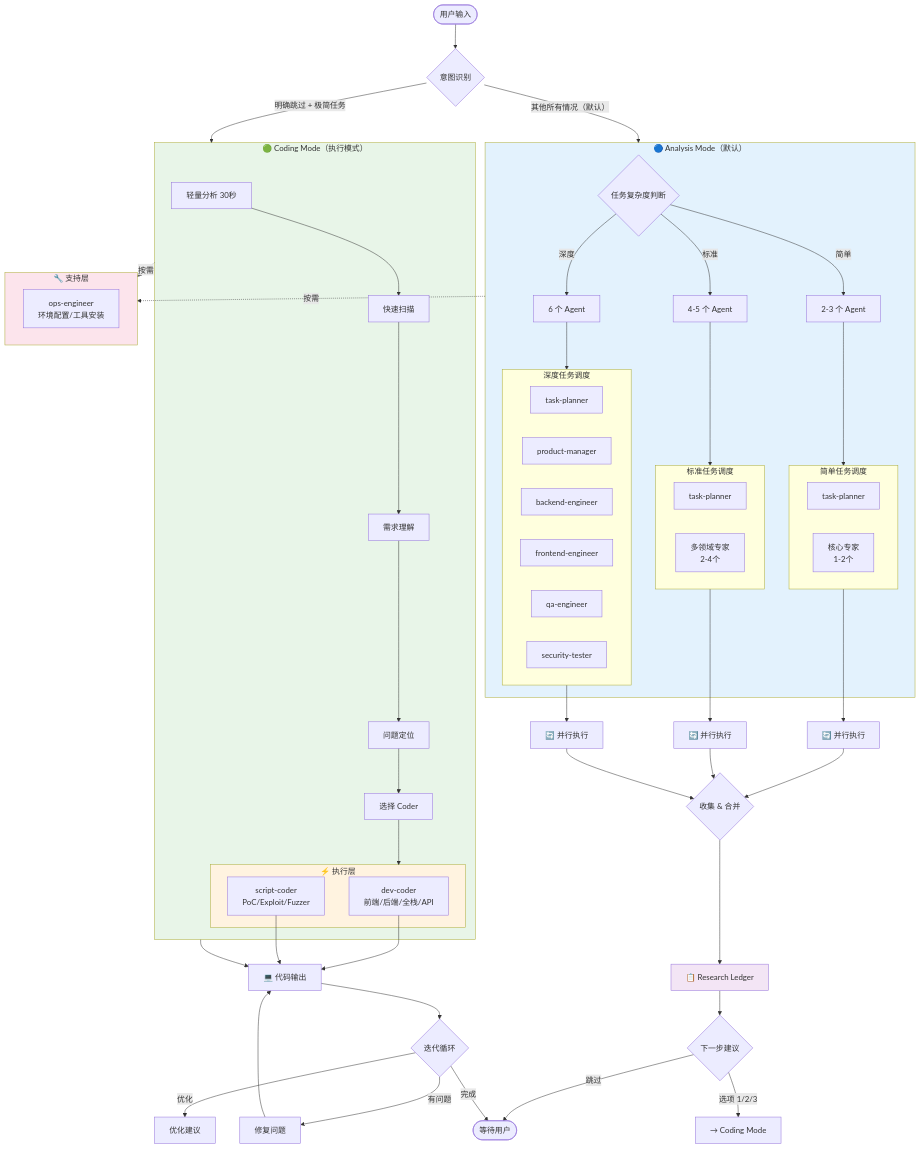
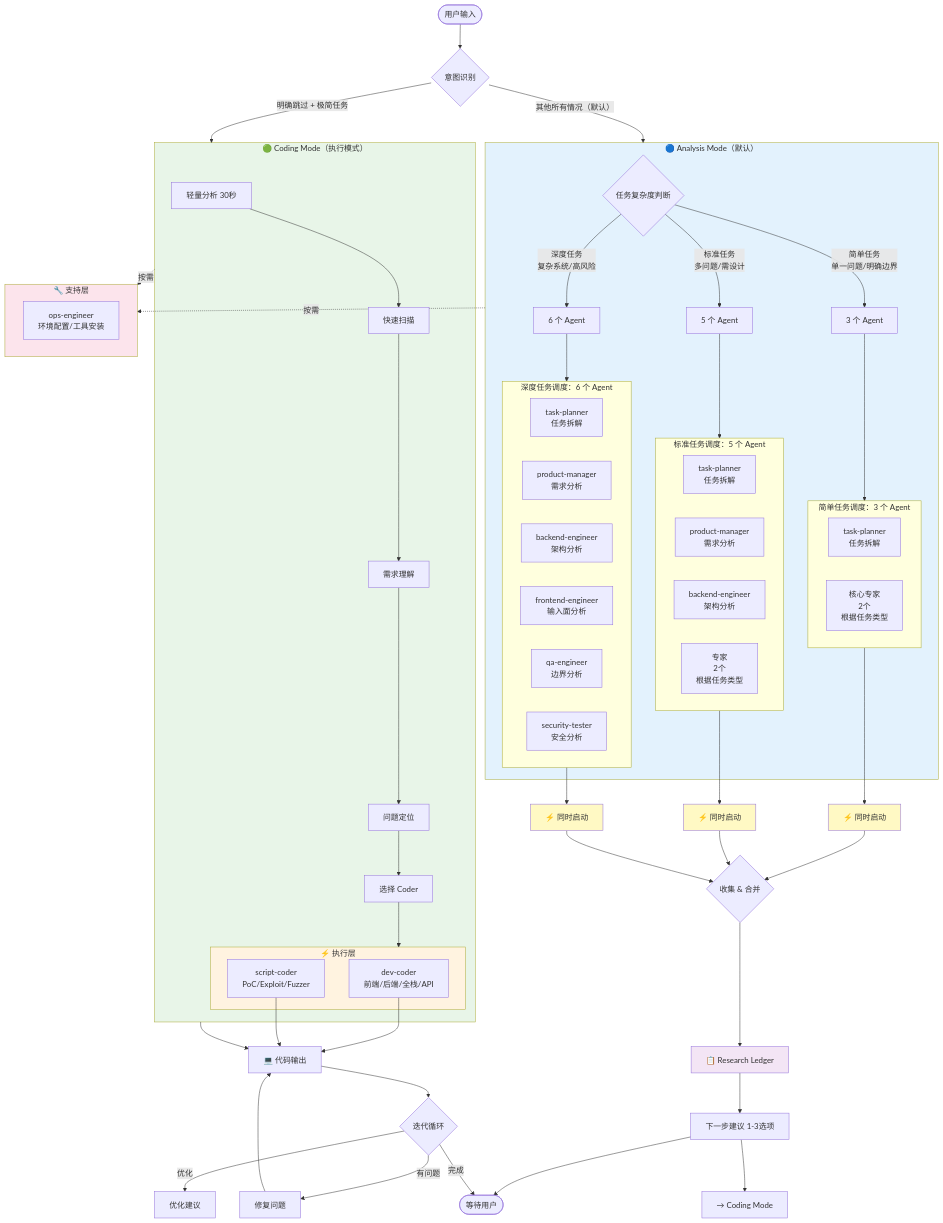
The first of 7 diagrams in ARCHITECTURE.md (xxipv6/claudeSandBox), drawn with Mermaid before and after one commit. The commit also changed other lines of this file, not shown here.

First line of the commit message:
docs: 更新 ARCHITECTURE.md - 修正分级调度和统一术语

````diff
--- a/ARCHITECTURE.md
+++ b/ARCHITECTURE.md
@@ -30,9 +30,9 @@
     subgraph AnalysisMode["🔵 Analysis Mode（默认）"]
         Complexity{任务复杂度判断}
 
-        Complexity -->|简单| Simple[2-3 个 Agent]
-        Complexity -->|标准| Standard[4-5 个 Agent]
-        Complexity -->|深度| Deep[6 个 Agent]
+        Complexity -->|简单任务<br/>单一问题/明确边界| Simple[3 个 Agent]
+        Complexity -->|标准任务<br/>多问题/需设计| Standard[5 个 Agent]
+        Complexity -->|深度任务<br/>复杂系统/高风险| Deep[6 个 Agent]
 
         Simple --> ScheduleSimple
         Standard --> ScheduleStandard
@@ -40,29 +40,31 @@
     end
 
     %% 分析层调度
-    subgraph ScheduleSimple["简单任务调度"]
-        TP1[task-planner]
-        Expert[核心专家<br/>1-2个]
+    subgraph ScheduleSimple["简单任务调度：3 个 Agent"]
+        TP1[task-planner<br/>任务拆解]
+        Expert[核心专家<br/>2个<br/>根据任务类型]
     end
 
-    subgraph ScheduleStandard["标准任务调度"]
-        TP2[task-planner]
-        MultiExpert[多领域专家<br/>2-4个]
+    subgraph ScheduleStandard["标准任务调度：5 个 Agent"]
+        TP2[task-planner<br/>任务拆解]
+        PM[product-manager<br/>需求分析]
+        BE[backend-engineer<br/>架构分析]
+        MultiExpert[专家<br/>2个<br/>根据任务类型]
     end
 
-    subgraph ScheduleDeep["深度任务调度"]
-        TP3[task-planner]
-        PM[product-manager]
-        BE[backend-engineer]
-        FE[frontend-engineer]
-        QE[qa-engineer]
-        ST[security-tester]
+    subgraph ScheduleDeep["深度任务调度：6 个 Agent"]
+        TP3[task-planner<br/>任务拆解]
+        PM2[product-manager<br/>需求分析]
+        BE2[backend-engineer<br/>架构分析]
+        FE[frontend-engineer<br/>输入面分析]
+        QE[qa-engineer<br/>边界分析]
+        ST[security-tester<br/>安全分析]
     end
 
     %% 分析层并行执行
-    ScheduleSimple --> Parallel1[🔄 并行执行]
-    ScheduleStandard --> Parallel2[🔄 并行执行]
-    ScheduleDeep --> Parallel3[🔄 并行执行]
+    ScheduleSimple --> Parallel1[⚡ 同时启动]
+    ScheduleStandard --> Parallel2[⚡ 同时启动]
+    ScheduleDeep --> Parallel3[⚡ 同时启动]
 
     %% 合并结果
     Parallel1 --> Merge{收集 & 合并}
@@ -70,10 +72,10 @@
     Parallel3 --> Merge
 
     Merge --> ResearchLedger[📋 Research Ledger]
-    ResearchLedger --> ActionDecision{下一步建议}
+    ResearchLedger --> ActionDecision[下一步建议 1-3选项]
 
-    ActionDecision -->|选项 1/2/3| CodingMode2[→ Coding Mode]
-    ActionDecision -->|跳过| End([等待用户])
+    ActionDecision --> CodingMode2[→ Coding Mode]
+    ActionDecision --> End([等待用户])
 
     CodingMode --> CodeOutput[💻 代码输出]
     CodeOutput --> Loop{迭代循环}
@@ -99,4 +101,7 @@
     style ExecLayer fill:#fff3e0
     style SupportLayer fill:#fce4ec
     style ResearchLedger fill:#f3e5f5
+    style Parallel1 fill:#fff9c4
+    style Parallel2 fill:#fff9c4
+    style Parallel3 fill:#fff9c4
 ```
````
